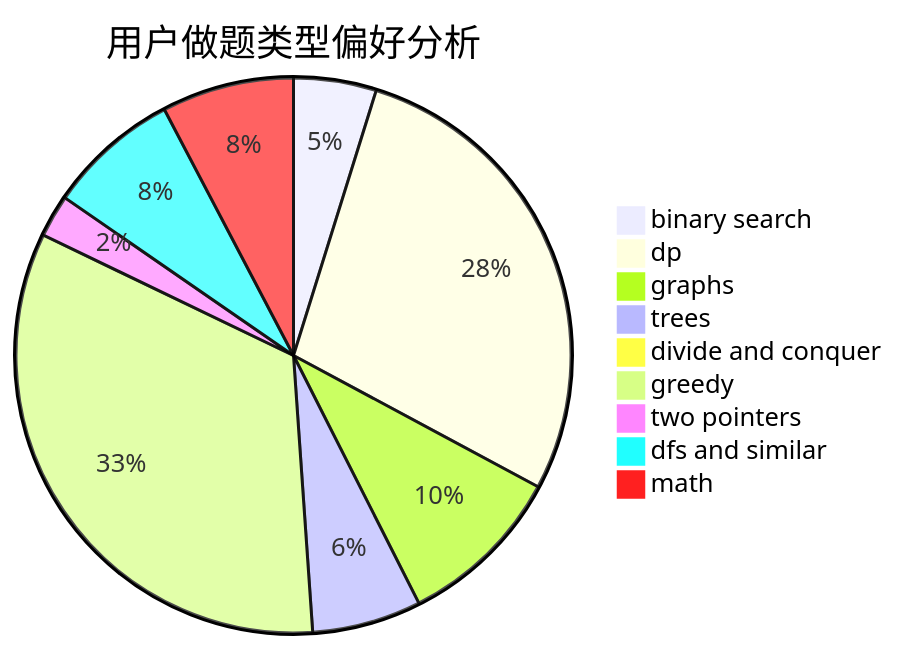
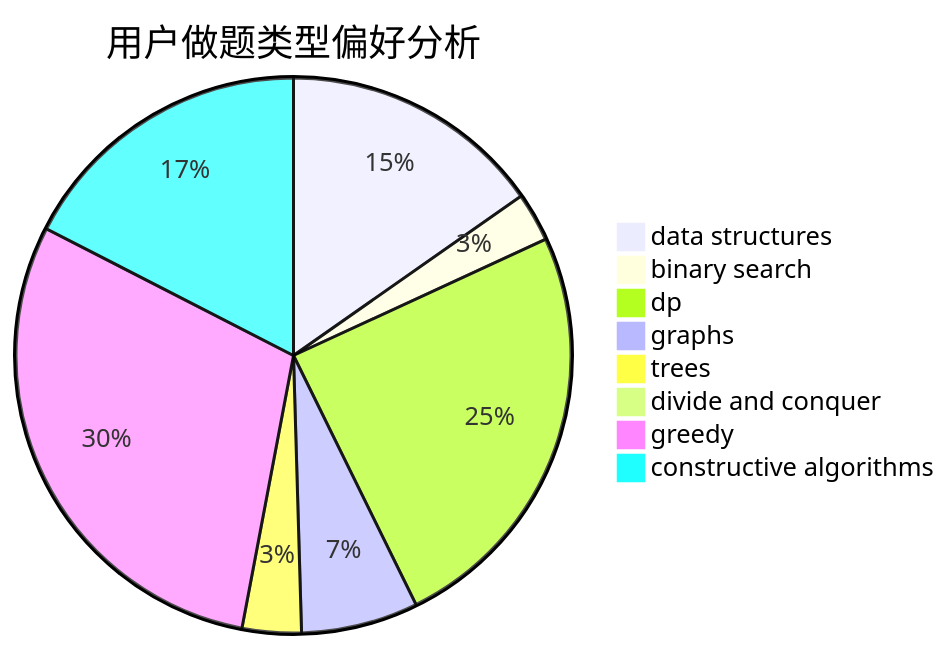
One commit to sherpahu/cfrs.github.io changed the second of 3 diagrams in docs/user/u2151.md. Above: the diagram before and after it, drawn with Mermaid. The commit also changed other lines of this file and 2775 other files, not shown here.

````diff
--- a/docs/user/u2151.md
+++ b/docs/user/u2151.md
@@ -23,12 +23,11 @@
 ```mermaid
 pie title 用户做题类型偏好分析
-    "binary search" :  72
-    "dp" :  419
-    "graphs" :  145
-    "trees" :  95
+    "data structures" :  231
+    "binary search" :  43
+    "dp" :  372
+    "graphs" :  103
+    "trees" :  52
     "divide and conquer" :  0
-    "greedy" :  497
-    "two pointers" :  37
-    "dfs and similar" :  115
-    "math" :  115
+    "greedy" :  447
+    "constructive algorithms" :  264
 ```
````
